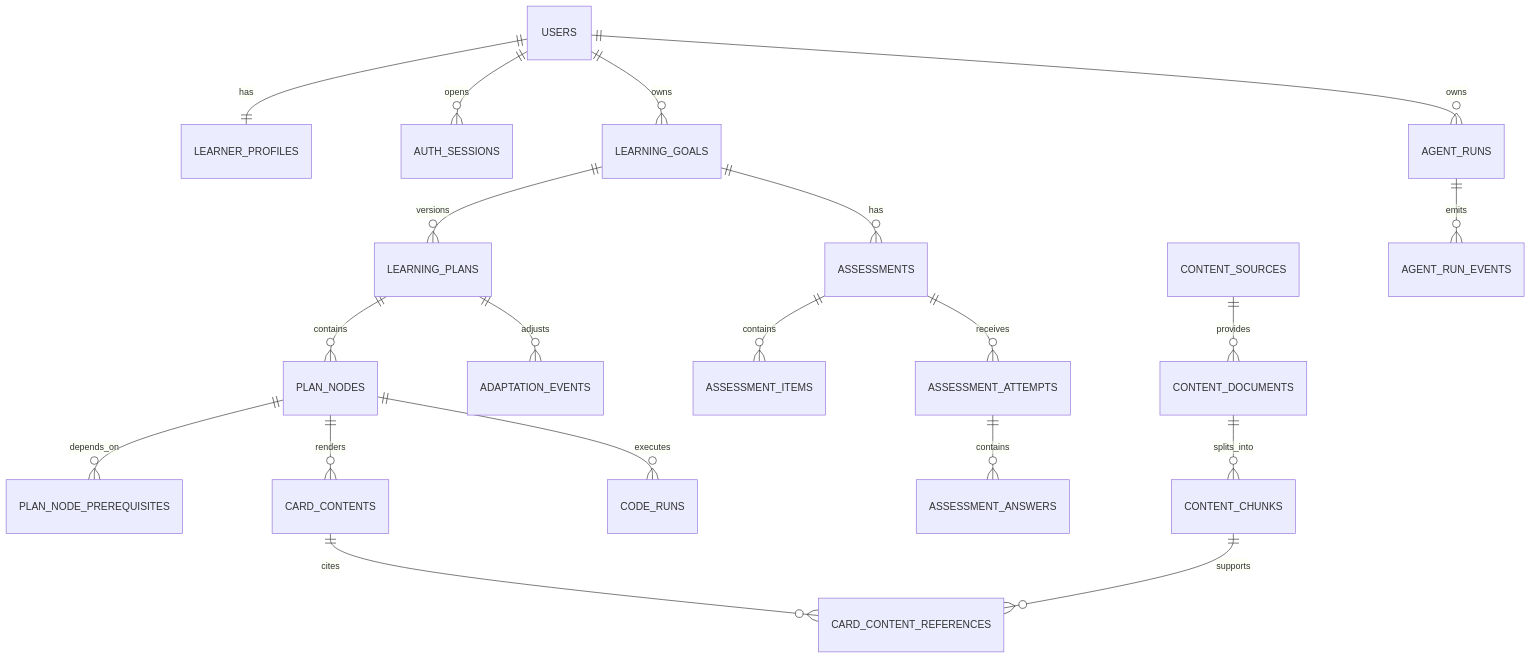
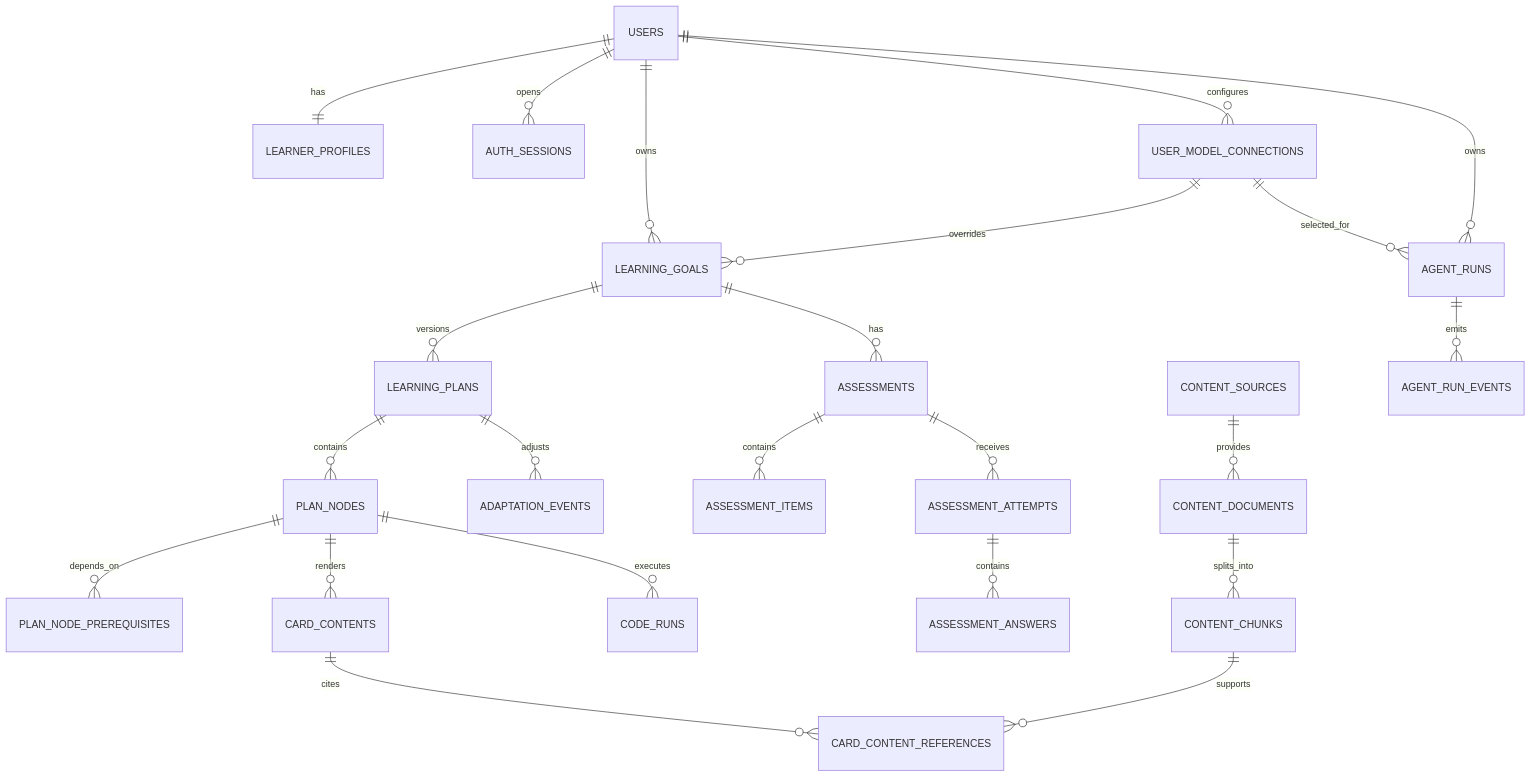
The first of 5 diagrams in docs/04-MVP-P0实施需求与开发指南.md (litieshan2331/LearnCraft), drawn with Mermaid before and after one commit. The commit also changed other lines of this file and 69 other files, not shown here.

````diff
--- a/docs/04-MVP-P0实施需求与开发指南.md
+++ b/docs/04-MVP-P0实施需求与开发指南.md
@@ -231,22 +232,25 @@
 ```mermaid
 erDiagram
     USERS ||--|| LEARNER_PROFILES : has
     USERS ||--o{ AUTH_SESSIONS : opens
     USERS ||--o{ LEARNING_GOALS : owns
+    USERS ||--o{ USER_MODEL_CONNECTIONS : configures
+    USER_MODEL_CONNECTIONS ||--o{ LEARNING_GOALS : overrides
     LEARNING_GOALS ||--o{ LEARNING_PLANS : versions
     LEARNING_PLANS ||--o{ PLAN_NODES : contains
     PLAN_NODES ||--o{ PLAN_NODE_PREREQUISITES : depends_on
     LEARNING_GOALS ||--o{ ASSESSMENTS : has
     ASSESSMENTS ||--o{ ASSESSMENT_ITEMS : contains
     ASSESSMENTS ||--o{ ASSESSMENT_ATTEMPTS : receives
     ASSESSMENT_ATTEMPTS ||--o{ ASSESSMENT_ANSWERS : contains
     PLAN_NODES ||--o{ CARD_CONTENTS : renders
     CARD_CONTENTS ||--o{ CARD_CONTENT_REFERENCES : cites
     CONTENT_SOURCES ||--o{ CONTENT_DOCUMENTS : provides
     CONTENT_DOCUMENTS ||--o{ CONTENT_CHUNKS : splits_into
     CONTENT_CHUNKS ||--o{ CARD_CONTENT_REFERENCES : supports
     PLAN_NODES ||--o{ CODE_RUNS : executes
     LEARNING_PLANS ||--o{ ADAPTATION_EVENTS : adjusts
     USERS ||--o{ AGENT_RUNS : owns
+    USER_MODEL_CONNECTIONS ||--o{ AGENT_RUNS : selected_for
     AGENT_RUNS ||--o{ AGENT_RUN_EVENTS : emits
 ```
````
